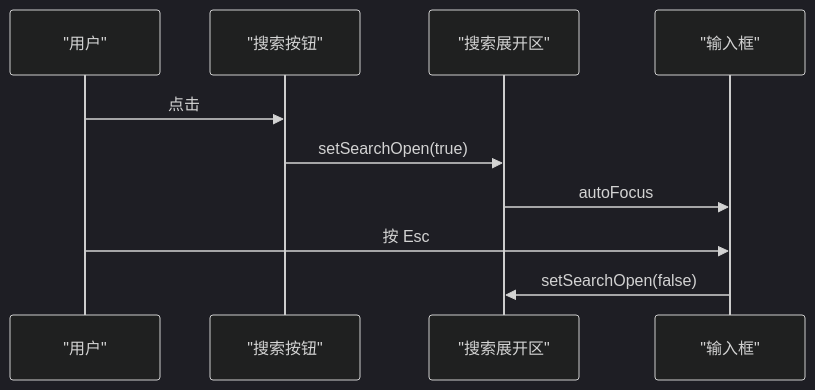
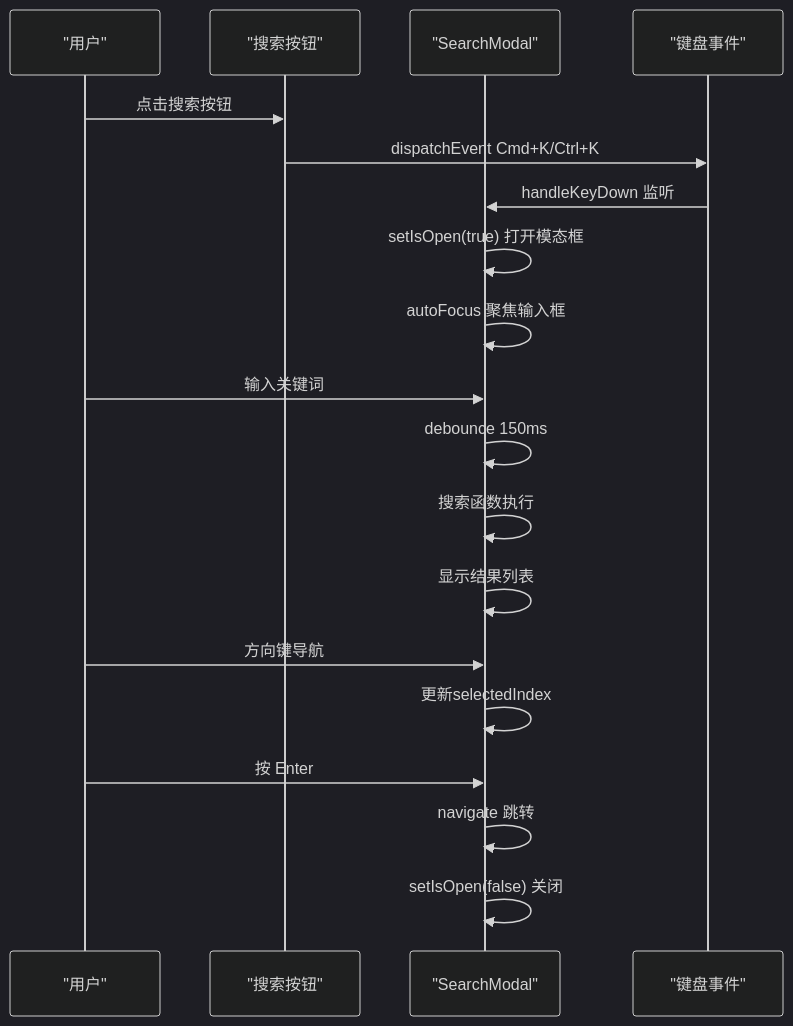
The fifth of 8 diagrams in .qoder/repowiki/zh/content/组件系统/导航组件.md (erikliu123/storage_ai_blog), drawn with Mermaid (dark theme) before and after one commit. The commit also changed other lines of this file and 61 other files, not shown here.

````diff
--- a/.qoder/repowiki/zh/content/组件系统/导航组件.md
+++ b/.qoder/repowiki/zh/content/组件系统/导航组件.md
@@ -222,12 +236,21 @@
 ```mermaid
 sequenceDiagram
 participant U as "用户"
 participant Btn as "搜索按钮"
-participant Bar as "搜索展开区"
-participant Input as "输入框"
-U->>Btn : 点击
-Btn->>Bar : setSearchOpen(true)
-Bar->>Input : autoFocus
-U->>Input : 按 Esc
-Input->>Bar : setSearchOpen(false)
+participant SM as "SearchModal"
+participant KE as "键盘事件"
+U->>Btn : 点击搜索按钮
+Btn->>KE : dispatchEvent Cmd+K/Ctrl+K
+KE->>SM : handleKeyDown 监听
+SM->>SM : setIsOpen(true) 打开模态框
+SM->>SM : autoFocus 聚焦输入框
+U->>SM : 输入关键词
+SM->>SM : debounce 150ms
+SM->>SM : 搜索函数执行
+SM->>SM : 显示结果列表
+U->>SM : 方向键导航
+SM->>SM : 更新selectedIndex
+U->>SM : 按 Enter
+SM->>SM : navigate 跳转
+SM->>SM : setIsOpen(false) 关闭
 ```
````
